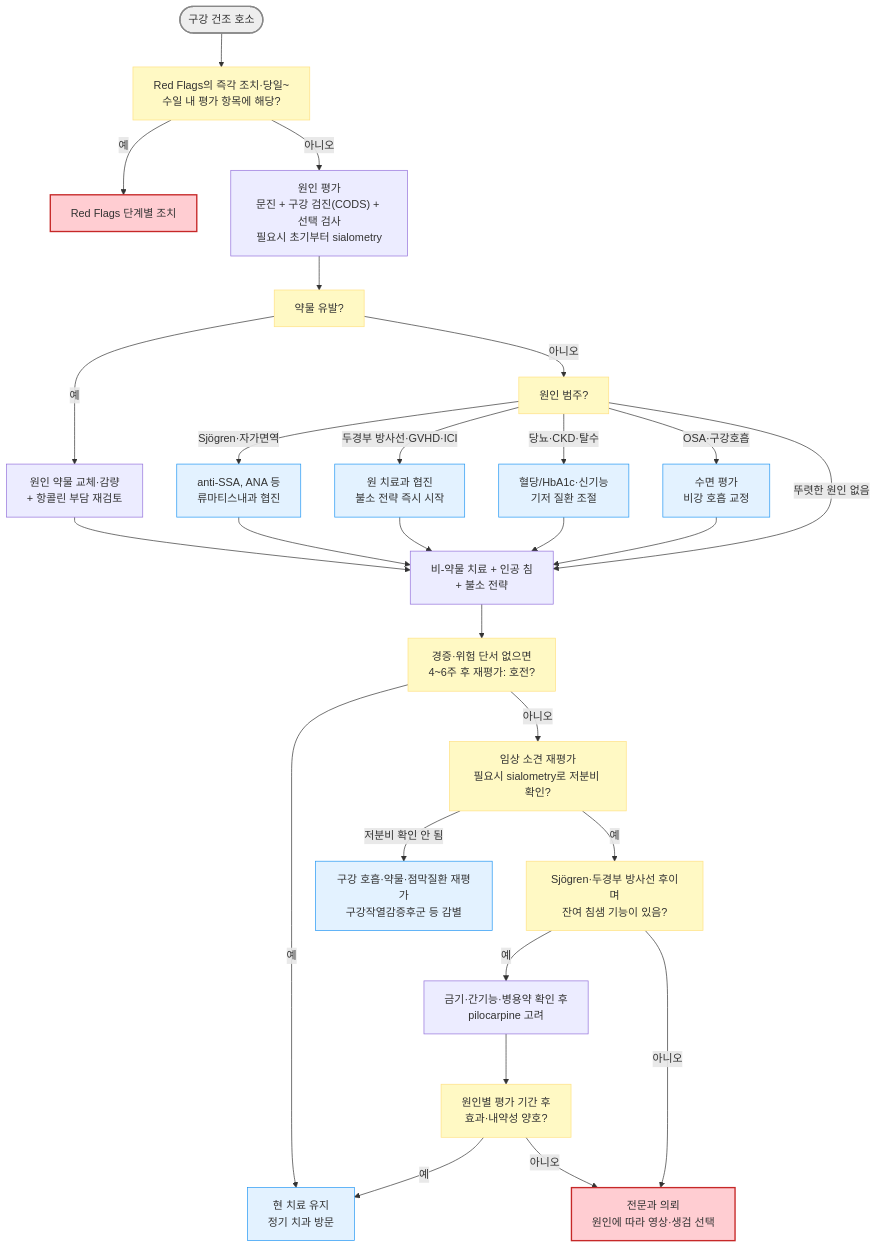
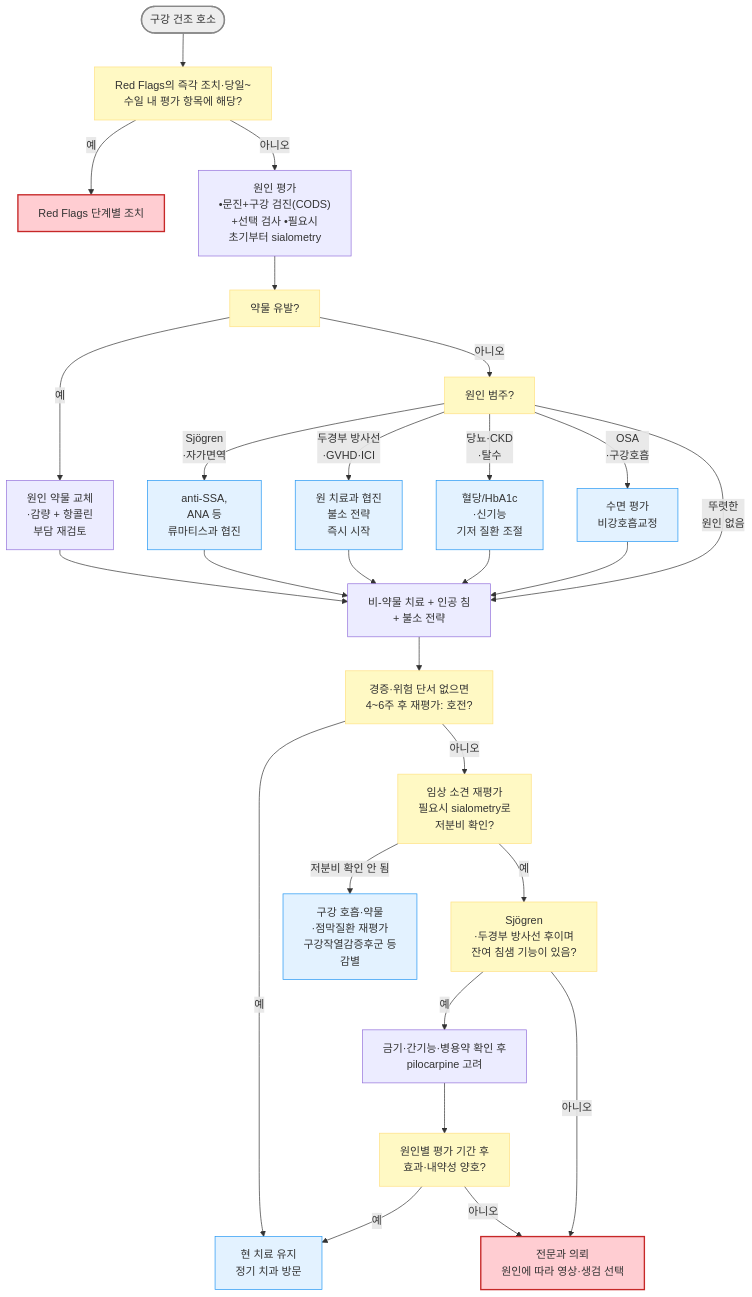
One commit to familyoh77/familyoh77 changed the diagram in 222_/056_-dry-mouth.md. Above: the diagram before and after it, drawn with Mermaid. The commit also changed other lines of this file, not shown here.

````diff
--- a/222_/056_-dry-mouth.md
+++ b/222_/056_-dry-mouth.md
@@ -162,37 +159,38 @@
 ```mermaid
 graph TD
     A(["구강 건조 호소"]) --> B["Red Flags의 즉각 조치·당일~수일 내 평가 항목에 해당?"]
     B -- 예 --> C["Red Flags 단계별 조치"]
-    B -- 아니오 --> D["원인 평가<br/>문진 + 구강 검진(CODS) + 선택 검사<br/>필요시 초기부터 sialometry"]
+    B -- 아니오 --> D["원인 평가<br/>•문진+구강 검진(CODS)<br/>+선택 검사 •필요시 <br/>초기부터 sialometry"]
     D --> E["약물 유발?"]
-    E -- 예 --> F["원인 약물 교체·감량<br/>+ 항콜린 부담 재검토"]
+    E -- 예 --> F["원인 약물 교체<br/>·감량 + 항콜린 <br/>부담 재검토"]
     E -- 아니오 --> G["원인 범주?"]
-    G -- "Sjögren·자가면역" --> H["anti-SSA, ANA 등<br/>류마티스내과 협진"]
-    G -- "두경부 방사선·GVHD·ICI" --> S["원 치료과 협진<br/>불소 전략 즉시 시작"]
-    G -- "당뇨·CKD·탈수" --> I["혈당/HbA1c·신기능<br/>기저 질환 조절"]
-    G -- "OSA·구강호흡" --> P["수면 평가<br/>비강 호흡 교정"]
-    G -- "뚜렷한 원인 없음" --> J
+    G -- "Sjögren<br/>·자가면역" --> H["anti-SSA, <br/>ANA 등<br/>류마티스과 협진"]
+    G -- "두경부 방사선<br/>·GVHD·ICI" --> S["원 치료과 협진<br/>불소 전략 <br/>즉시 시작"]
+    G -- "당뇨·CKD<br/>·탈수" --> I["혈당/HbA1c<br/>·신기능<br/>기저 질환 조절"]
+    G -- "OSA<br/>·구강호흡" --> P["수면 평가<br/>비강호흡교정"]
+    G -- "뚜렷한 <br/>원인 없음" --> J
     F --> J["비-약물 치료 + 인공 침<br/>+ 불소 전략"]
     H --> J
     S --> J
     I --> J
     P --> J
     J --> K["경증·위험 단서 없으면<br/>4~6주 후 재평가: 호전?"]
     K -- 예 --> M["현 치료 유지<br/>정기 치과 방문"]
-    K -- 아니오 --> Q["임상 소견 재평가<br/>필요시 sialometry로 저분비 확인?"]
-    Q -- "저분비 확인 안 됨" --> R["구강 호흡·약물·점막질환 재평가<br/>구강작열감증후군 등 감별"]
-    Q -- 예 --> T["Sjögren·두경부 방사선 후이며<br/>잔여 침샘 기능이 있음?"]
+    K -- 아니오 --> Q["임상 소견 재평가<br/>필요시 sialometry로 <br/>저분비 확인?"]
+    Q -- "저분비 확인 안 됨" --> R["구강 호흡·약물<br/>·점막질환 재평가<br/>구강작열감증후군 등 <br/>감별"]
+    Q -- 예 --> T["Sjögren<br/>·두경부 방사선 후이며<br/>잔여 침샘 기능이 있음?"]
     T -- 예 --> L["금기·간기능·병용약 확인 후<br/>pilocarpine 고려"]
     T -- 아니오 --> O
     L --> N["원인별 평가 기간 후<br/>효과·내약성 양호?"]
     N -- 예 --> M
     N -- 아니오 --> O["전문과 의뢰<br/>원인에 따라 영상·생검 선택"]
-
     style A fill:#eeeeee,stroke:#888888,stroke-width:2px
     classDef yellow fill:#fff9c4,stroke:#ffe082
     class B,E,G,K,Q,T,N yellow
     classDef sky fill:#e3f2ff,stroke:#2196f3
     class H,S,I,P,R,M sky
     style C fill:#ffcdd2,stroke:#c62828,stroke-width:2px
     style O fill:#ffcdd2,stroke:#c62828,stroke-width:2px
+
+
 ```
````
